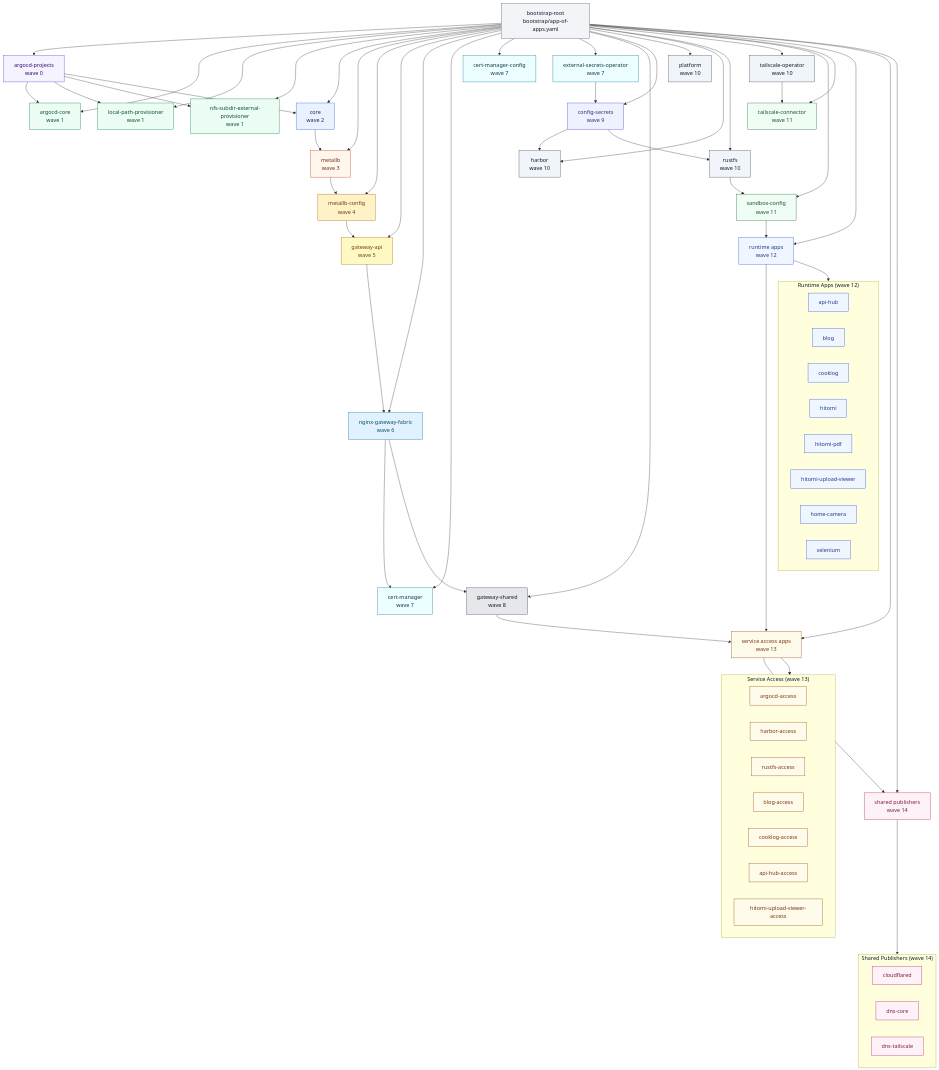
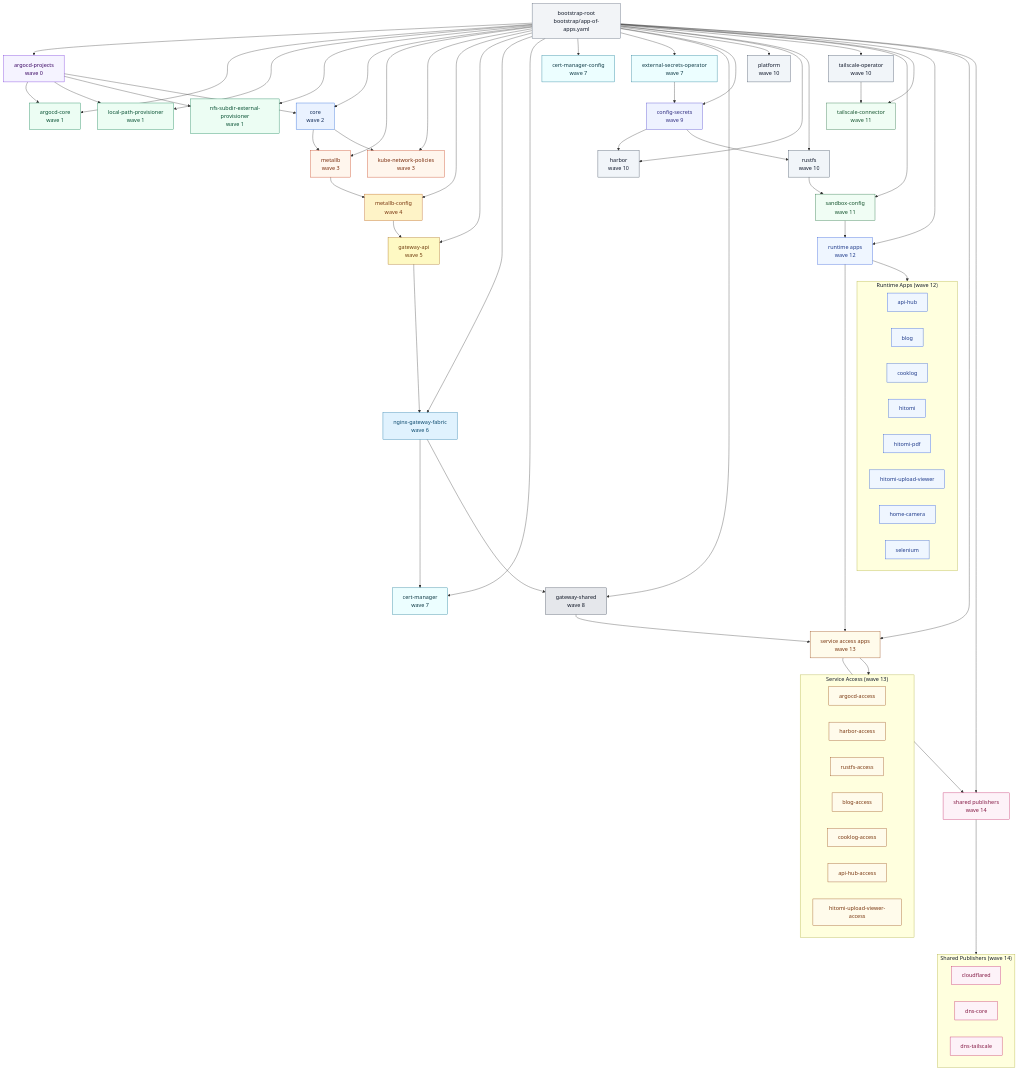
One commit to ksera524/k8s_myHome changed the diagram in docs/diagrams/app-of-apps-sync-wave.md. Above: the diagram before and after it, drawn with Mermaid. The commit also changed other lines of this file and 6 other files, not shown here.

Commit message:
feat: enforce network policies with a monitored worker2 canary

```diff
--- a/docs/diagrams/app-of-apps-sync-wave.md
+++ b/docs/diagrams/app-of-apps-sync-wave.md
@@ -15,6 +15,7 @@
   wave1c["nfs-subdir-external-provisioner\nwave 1"]:::wave1
   wave2["core\nwave 2"]:::wave2
   wave3["metallb\nwave 3"]:::wave3
+  wave3netpol["kube-network-policies\nwave 3"]:::wave3
   wave4["metallb-config\nwave 4"]:::wave4
   wave5["gateway-api\nwave 5"]:::wave5
   wave6["nginx-gateway-fabric\nwave 6"]:::wave6
@@ -39,6 +40,7 @@
   root --> wave1c
   root --> wave2
   root --> wave3
+  root --> wave3netpol
   root --> wave4
   root --> wave5
   root --> wave6
@@ -62,6 +64,7 @@
   wave0 --> wave1c
   wave0 --> wave2
   wave2 --> wave3
+  wave2 --> wave3netpol
   wave3 --> wave4
   wave4 --> wave5
   wave5 --> wave6
```
